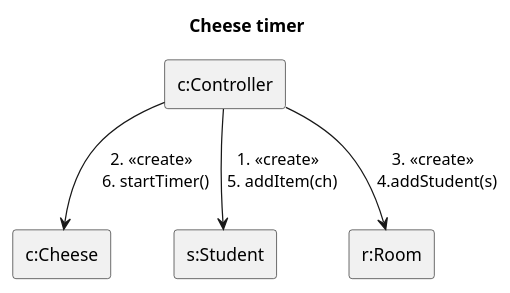
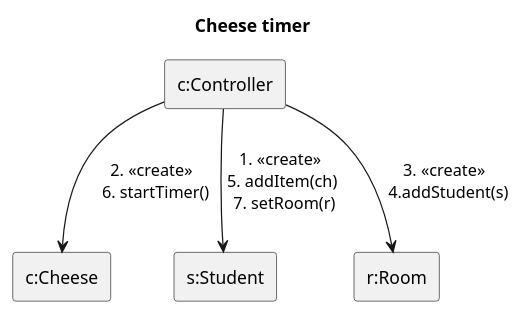
One commit to MBakter/echo changed the diagram in docs/communication_diagrams/cheese_timer.plantuml. Above: the diagram before and after it, drawn with PlantUML. The commit also changed 8 other files, not shown here.

```diff
--- a/docs/communication_diagrams/cheese_timer.plantuml
+++ b/docs/communication_diagrams/cheese_timer.plantuml
@@ -1,12 +1,12 @@
 @startuml ser
 title Cheese timer
 rectangle "c:Controller" as c
 rectangle "c:Cheese" as ch
 rectangle "s:Student" as s
 rectangle "r:Room" as r
 
-c --> s: 1. <<create>> \n 5. addItem(ch)
+c --> s: 1. <<create>> \n 5. addItem(ch) \n 7. setRoom(r)
 c --> ch: 2. <<create>> \n 6. startTimer()
 c --> r: 3. <<create>> \n 4.addStudent(s)
 
 @enduml
```
